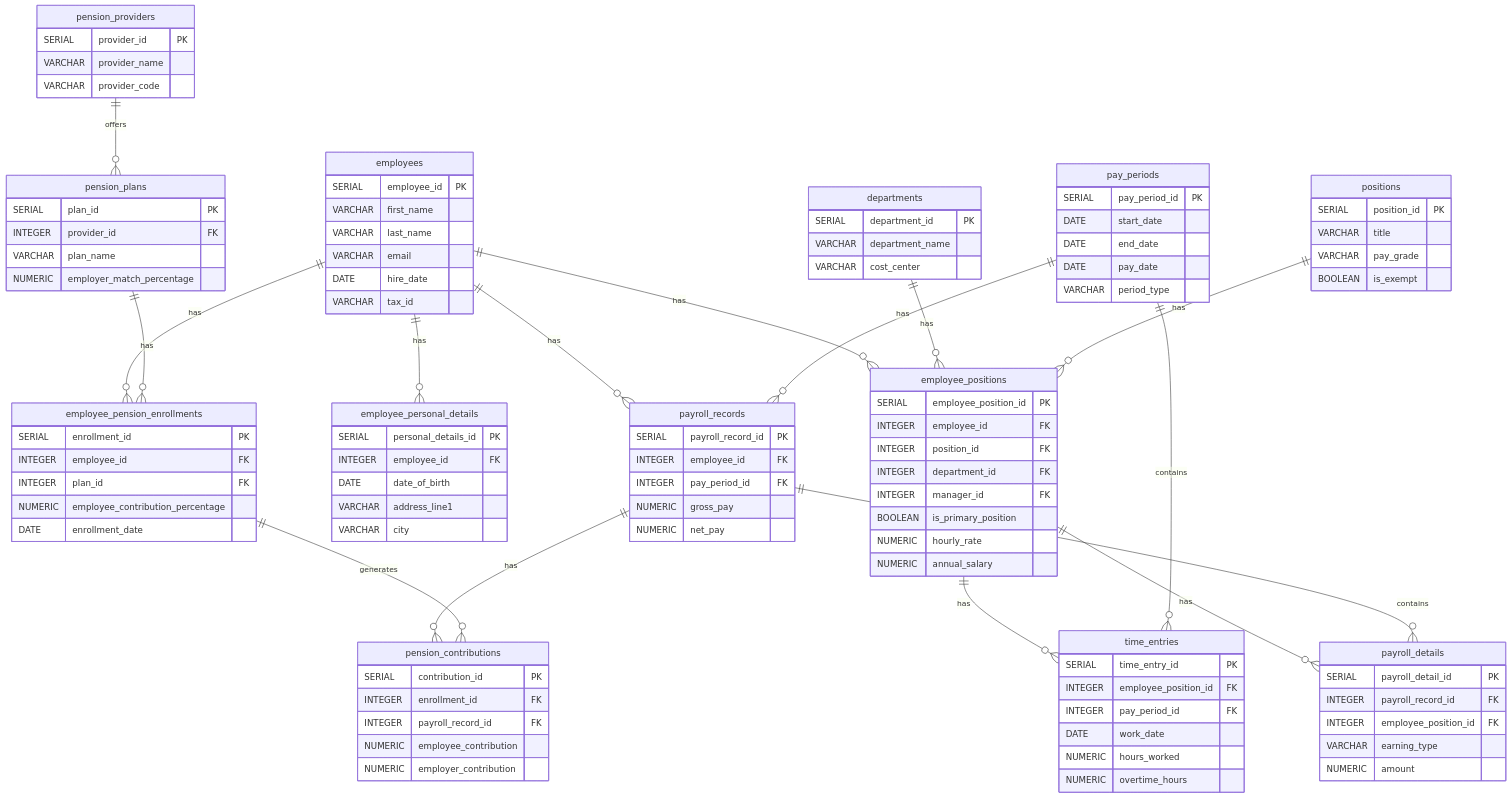
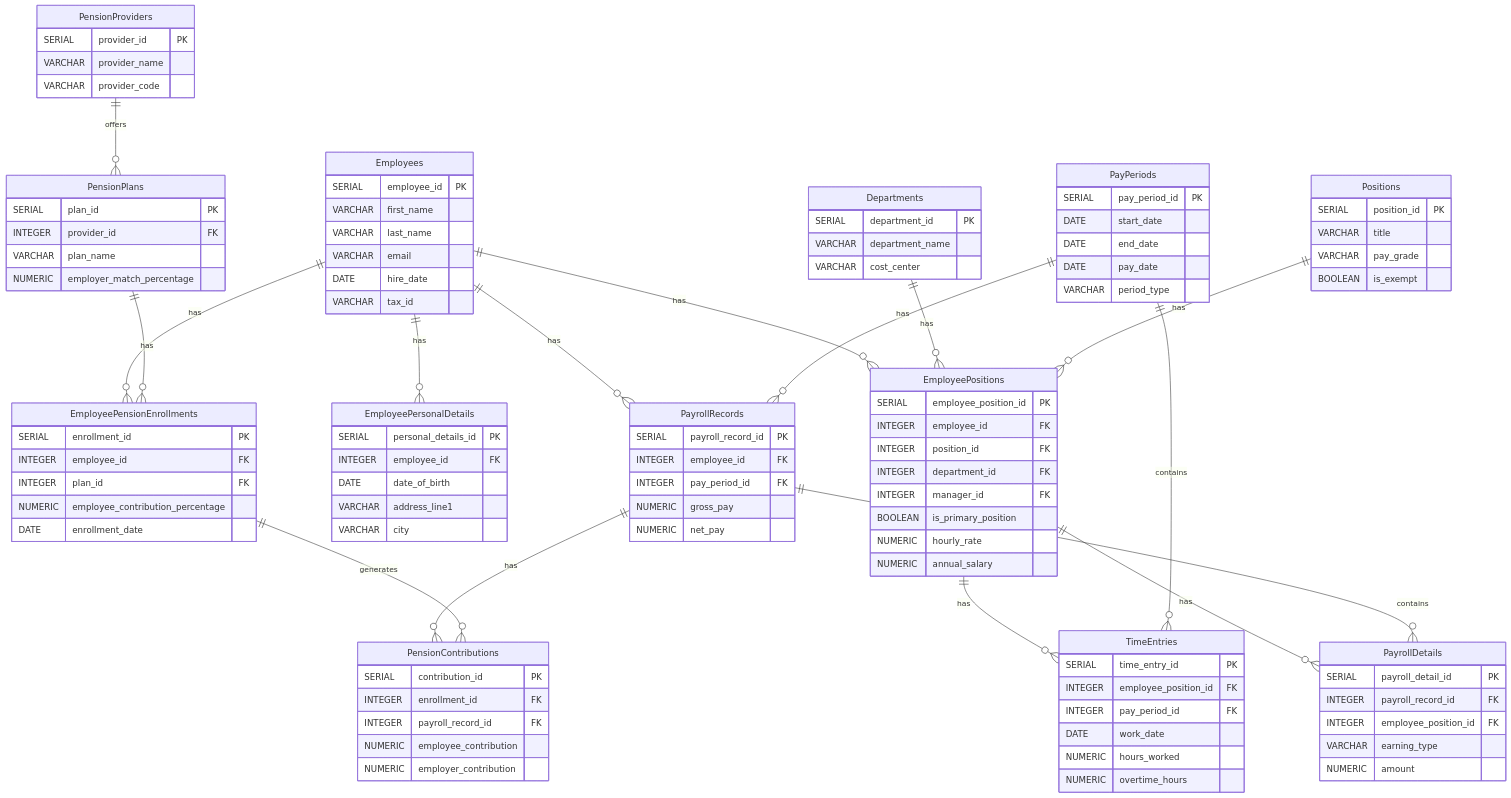
The diagram in sql/migrations.mermaid (jon-shipley/payroll-toy), drawn with Mermaid before and after one commit. The commit also changed 2 other files, not shown here.

```diff
--- a/sql/migrations.mermaid
+++ b/sql/migrations.mermaid
@@ -1,127 +1,127 @@
 erDiagram
-    employees ||--o{ employee_positions : has
-    employees ||--o{ employee_personal_details : has
-    employees ||--o{ employee_pension_enrollments : has
-    employees ||--o{ payroll_records : has
+    Employees ||--o{ EmployeePositions : has
+    Employees ||--o{ EmployeePersonalDetails : has
+    Employees ||--o{ EmployeePensionEnrollments : has
+    Employees ||--o{ PayrollRecords : has
 
-    departments ||--o{ employee_positions : has
+    Departments ||--o{ EmployeePositions : has
 
-    positions ||--o{ employee_positions : has
+    Positions ||--o{ EmployeePositions : has
 
-    employee_positions ||--o{ time_entries : has
-    employee_positions ||--o{ payroll_details : has
+    EmployeePositions ||--o{ TimeEntries : has
+    EmployeePositions ||--o{ PayrollDetails : has
 
-    pay_periods ||--o{ time_entries : contains
-    pay_periods ||--o{ payroll_records : has
+    PayPeriods ||--o{ TimeEntries : contains
+    PayPeriods ||--o{ PayrollRecords : has
 
-    pension_providers ||--o{ pension_plans : offers
+    PensionProviders ||--o{ PensionPlans : offers
 
-    pension_plans ||--o{ employee_pension_enrollments : has
+    PensionPlans ||--o{ EmployeePensionEnrollments : has
 
-    payroll_records ||--o{ payroll_details : contains
-    payroll_records ||--o{ pension_contributions : has
+    PayrollRecords ||--o{ PayrollDetails : contains
+    PayrollRecords ||--o{ PensionContributions : has
 
-    employee_pension_enrollments ||--o{ pension_contributions : generates
+    EmployeePensionEnrollments ||--o{ PensionContributions : generates
 
-    employees {
+    Employees {
         SERIAL employee_id PK
         VARCHAR first_name
         VARCHAR last_name
         VARCHAR email
         DATE hire_date
         VARCHAR tax_id
     }
 
-    departments {
+    Departments {
         SERIAL department_id PK
         VARCHAR department_name
         VARCHAR cost_center
     }
 
-    positions {
+    Positions {
         SERIAL position_id PK
         VARCHAR title
         VARCHAR pay_grade
         BOOLEAN is_exempt
     }
 
-    employee_positions {
+    EmployeePositions {
         SERIAL employee_position_id PK
         INTEGER employee_id FK
         INTEGER position_id FK
         INTEGER department_id FK
         INTEGER manager_id FK
         BOOLEAN is_primary_position
         NUMERIC hourly_rate
         NUMERIC annual_salary
     }
 
-    pay_periods {
+    PayPeriods {
         SERIAL pay_period_id PK
         DATE start_date
         DATE end_date
         DATE pay_date
         VARCHAR period_type
     }
 
-    time_entries {
+    TimeEntries {
         SERIAL time_entry_id PK
         INTEGER employee_position_id FK
         INTEGER pay_period_id FK
         DATE work_date
         NUMERIC hours_worked
         NUMERIC overtime_hours
     }
 
-    pension_providers {
+    PensionProviders {
         SERIAL provider_id PK
         VARCHAR provider_name
         VARCHAR provider_code
     }
 
-    pension_plans {
+    PensionPlans {
         SERIAL plan_id PK
         INTEGER provider_id FK
         VARCHAR plan_name
         NUMERIC employer_match_percentage
     }
 
-    employee_pension_enrollments {
+    EmployeePensionEnrollments {
         SERIAL enrollment_id PK
         INTEGER employee_id FK
         INTEGER plan_id FK
         NUMERIC employee_contribution_percentage
         DATE enrollment_date
     }
 
-    payroll_records {
+    PayrollRecords {
         SERIAL payroll_record_id PK
         INTEGER employee_id FK
         INTEGER pay_period_id FK
         NUMERIC gross_pay
         NUMERIC net_pay
     }
 
-    payroll_details {
+    PayrollDetails {
         SERIAL payroll_detail_id PK
         INTEGER payroll_record_id FK
         INTEGER employee_position_id FK
         VARCHAR earning_type
         NUMERIC amount
     }
 
-    pension_contributions {
+    PensionContributions {
         SERIAL contribution_id PK
         INTEGER enrollment_id FK
         INTEGER payroll_record_id FK
         NUMERIC employee_contribution
         NUMERIC employer_contribution
     }
 
-    employee_personal_details {
+    EmployeePersonalDetails {
         SERIAL personal_details_id PK
         INTEGER employee_id FK
         DATE date_of_birth
         VARCHAR address_line1
         VARCHAR city
     }
```
